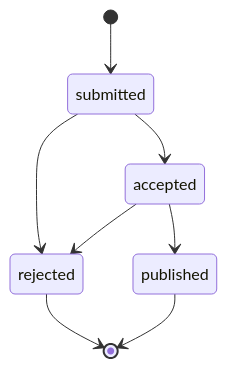
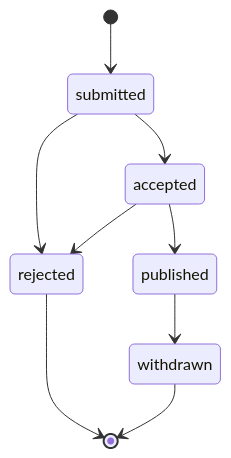
The diagram in docs/drafts.md (EPFL-ENAC/enacit4r-contrib), drawn with Mermaid before and after one commit. The commit also changed other lines of this file and 8 other files, not shown here.

````diff
--- a/docs/drafts.md
+++ b/docs/drafts.md
@@ -23,10 +23,11 @@
 ```mermaid
 stateDiagram-v2
     [*] --> submitted
     submitted --> accepted
     submitted --> rejected
     accepted --> published
     accepted --> rejected
+    published --> withdrawn
     rejected --> [*]
-    published --> [*]
+    withdrawn --> [*]
 ```
````
